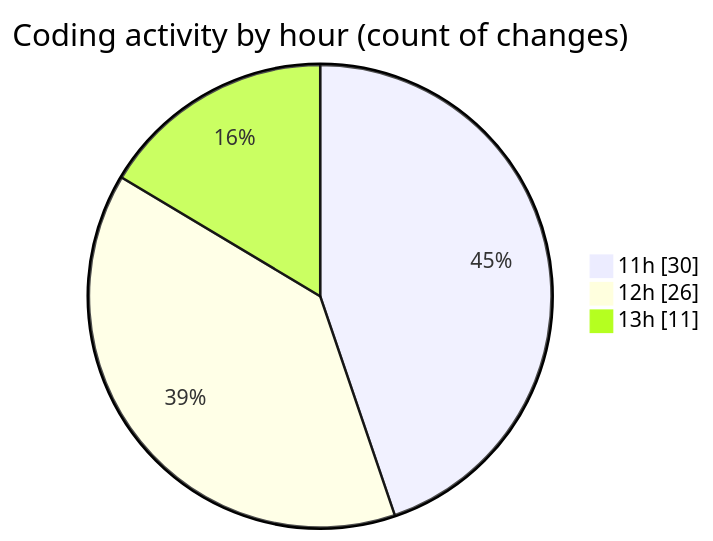
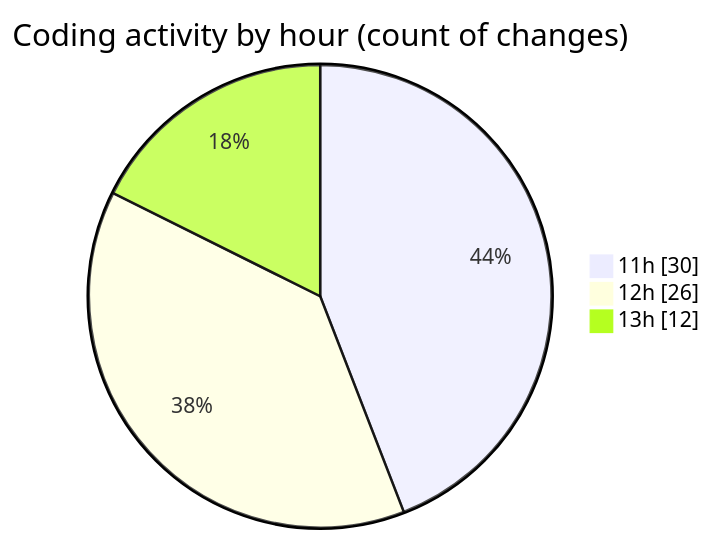
One commit to lephambinh05/code-tracking changed the second of 2 diagrams in 2025-08-25/studybuddy/README.md. Above: the diagram before and after it, drawn with Mermaid. The commit also changed other lines of this file and 1 other file, not shown here.

````diff
--- a/2025-08-25/studybuddy/README.md
+++ b/2025-08-25/studybuddy/README.md
@@ -58,7 +58,7 @@
 ```mermaid
 pie showData
 title Coding activity by hour (count of changes)
 "11h" : 30
 "12h" : 26
-"13h" : 11
+"13h" : 12
 ```
````
